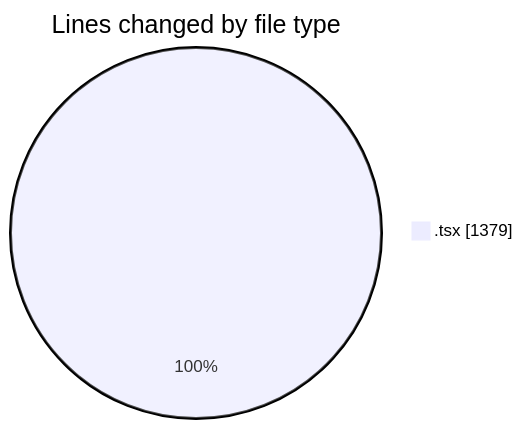
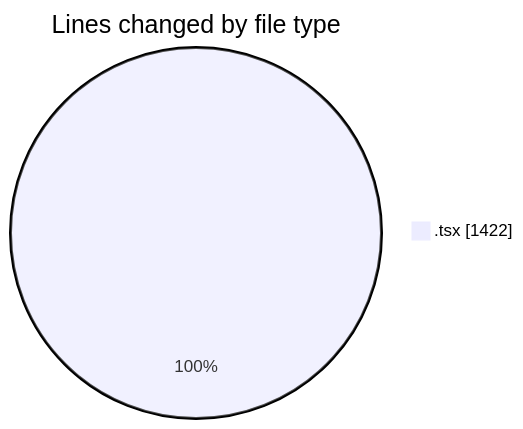
The first of 2 diagrams in 2026-10-20/cda/README.md (momahboobian/code-tracking), drawn with Mermaid before and after one commit. The commit also changed other lines of this file and 1 other file, not shown here.

````diff
--- a/2026-10-20/cda/README.md
+++ b/2026-10-20/cda/README.md
@@ -23,5 +23,5 @@
 ```mermaid
 pie showData
 title Lines changed by file type
-".tsx" : 1379
+".tsx" : 1422
 ```
````
